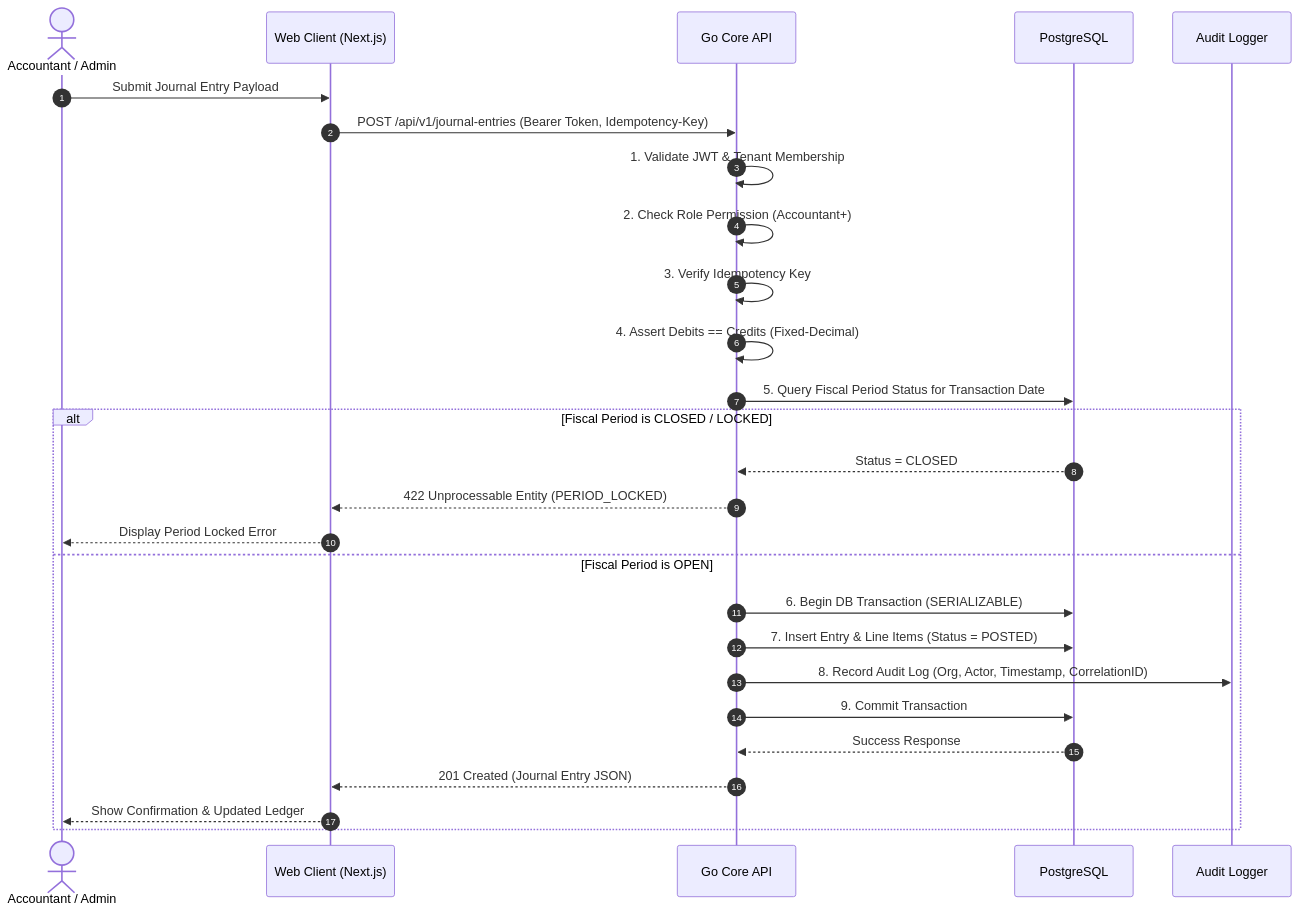
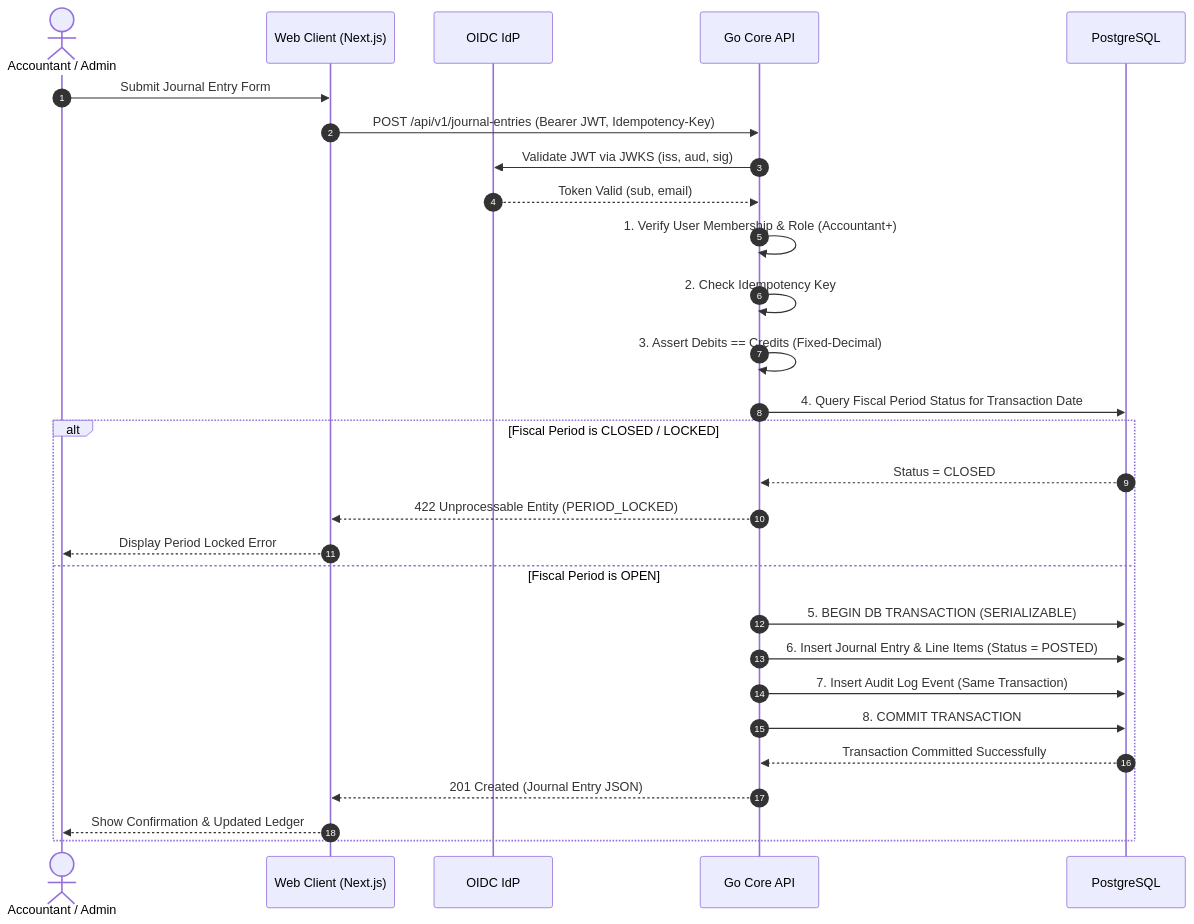
Before and after one commit to NIRASHA3/finintel: the second of 2 diagrams in docs/architecture/system-architecture.md, drawn with Mermaid. The commit also changed other lines of this file and 53 other files, not shown here.

````diff
--- a/docs/architecture/system-architecture.md
+++ b/docs/architecture/system-architecture.md
@@ -69,30 +75,31 @@
 ```mermaid
 sequenceDiagram
     autonumber
     actor User as Accountant / Admin
     participant Web as Web Client (Next.js)
+    participant IdP as OIDC IdP
     participant API as Go Core API
     participant DB as PostgreSQL
-    participant Audit as Audit Logger
 
-    User->>Web: Submit Journal Entry Payload
-    Web->>API: POST /api/v1/journal-entries (Bearer Token, Idempotency-Key)
-    API->>API: 1. Validate JWT & Tenant Membership
-    API->>API: 2. Check Role Permission (Accountant+)
-    API->>API: 3. Verify Idempotency Key
-    API->>API: 4. Assert Debits == Credits (Fixed-Decimal)
-    API->>DB: 5. Query Fiscal Period Status for Transaction Date
+    User->>Web: Submit Journal Entry Form
+    Web->>API: POST /api/v1/journal-entries (Bearer JWT, Idempotency-Key)
+    API->>IdP: Validate JWT via JWKS (iss, aud, sig)
+    IdP-->>API: Token Valid (sub, email)
+    API->>API: 1. Verify User Membership & Role (Accountant+)
+    API->>API: 2. Check Idempotency Key
+    API->>API: 3. Assert Debits == Credits (Fixed-Decimal)
+    API->>DB: 4. Query Fiscal Period Status for Transaction Date
     alt Fiscal Period is CLOSED / LOCKED
         DB-->>API: Status = CLOSED
         API-->>Web: 422 Unprocessable Entity (PERIOD_LOCKED)
         Web-->>User: Display Period Locked Error
     else Fiscal Period is OPEN
-        API->>DB: 6. Begin DB Transaction (SERIALIZABLE)
-        API->>DB: 7. Insert Entry & Line Items (Status = POSTED)
-        API->>Audit: 8. Record Audit Log (Org, Actor, Timestamp, CorrelationID)
-        API->>DB: 9. Commit Transaction
-        DB-->>API: Success Response
+        API->>DB: 5. BEGIN DB TRANSACTION (SERIALIZABLE)
+        API->>DB: 6. Insert Journal Entry & Line Items (Status = POSTED)
+        API->>DB: 7. Insert Audit Log Event (Same Transaction)
+        API->>DB: 8. COMMIT TRANSACTION
+        DB-->>API: Transaction Committed Successfully
         API-->>Web: 201 Created (Journal Entry JSON)
         Web-->>User: Show Confirmation & Updated Ledger
     end
 ```
````
